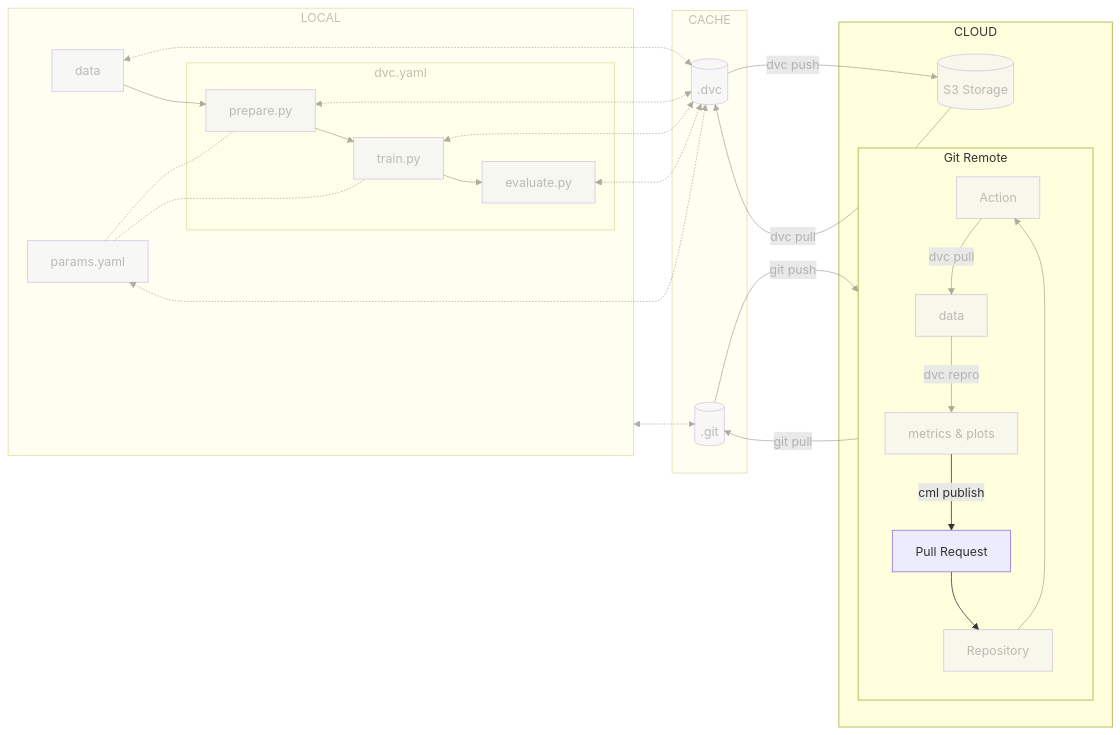
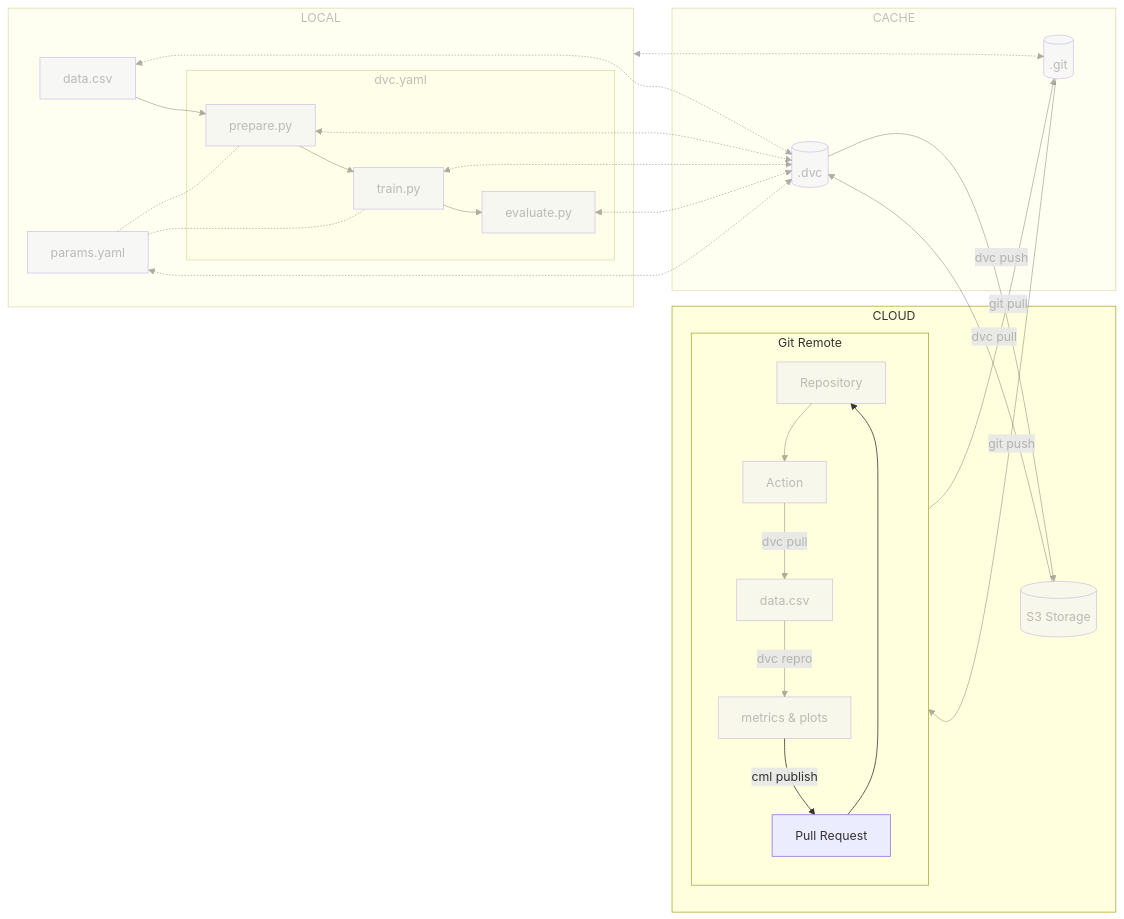
Before and after one commit to swiss-ai-center/a-guide-to-mlops: the diagram in docs/part-2-move-to-the-cloud/chapter-9-track-model-evolution-in-the-cicd-pipeline-with-cml/index.md, drawn with Mermaid. The commit also changed 9 other files, not shown here.

Commit message:
Rename mermaid vars

````diff
--- a/docs/part-2-move-to-the-cloud/chapter-9-track-model-evolution-in-the-cicd-pipeline-with-cml/index.md
+++ b/docs/part-2-move-to-the-cloud/chapter-9-track-model-evolution-in-the-cicd-pipeline-with-cml/index.md
@@ -25,69 +25,69 @@
 ```mermaid
 flowchart LR
-	789994[(".dvc")] -->|"dvc push"| 574108[("S3 Storage")]
-	574108 -->|"dvc pull"| 789994
-	429113[(".git")] -->|"git push"| 723944["Git Remote"]
-	723944 -->|"git pull"| 429113
-    356399 <-....-> 429113
-	980408["data"] <-.-> 789994
-	subgraph 438901["CACHE"]
-		789994
-		429113
+	dot_dvc[(.dvc)] -->|dvc push| s3_storage[(S3 Storage)]
+	s3_storage -->|dvc pull| dot_dvc
+	dot_git[(.git)] -->|git push| gitGraph[Git Remote]
+	gitGraph -->|git pull| dot_git
+    localGraph <-....-> dot_git
+	data[data.csv] <-.-> dot_dvc
+    subgraph cloudGraph[CLOUD]
+        s3_storage
+        subgraph gitGraph[Git Remote]
+            repository[Repository] --> action[Action]
+            action -->|dvc pull| action_data[data.csv]
+            action_data -->|dvc repro| action_out[metrics &amp; plots]
+            action_out -->|cml publish| pr[Pull Request]
+            pr --> repository
+        end
 	end
-	subgraph 356399["LOCAL"]
-		672354["prepare.py"] <-.-> 789994
-		347464["train.py"] <-.-> 789994
-		964259["evaluate.py"] <-.-> 789994
-		980408 --> 672354
-		subgraph 695374["dvc.yaml"]
-			672354 --> 347464
-			347464 --> 964259
+	subgraph cacheGraph[CACHE]
+		dot_dvc
+		dot_git
+	end
+	subgraph localGraph[LOCAL]
+		prepare[prepare.py] <-.-> dot_dvc
+		train[train.py] <-.-> dot_dvc
+		evaluate[evaluate.py] <-.-> dot_dvc
+		data --> prepare
+		subgraph dvcGraph[dvc.yaml]
+			prepare --> train
+			train --> evaluate
 		end
-        238472["params.yaml"] -.- 672354
-        238472 -.- 347464
-        238472 <-.-> 789994
+        params[params.yaml] -.- prepare
+        params -.- train
+        params <-.-> dot_dvc
 	end
-	subgraph 935111["CLOUD"]
-		574108
-		subgraph 723944["Git Remote"]
-			386452["Repository"] --> 241240["Action"]
-			241240 -->|"dvc pull"| 525260["data"]
-			525260 -->|"dvc repro"| 732730["metrics &amp; plots"]
-			732730 -->|"cml publish"| 983104["Pull Request"]
-			983104 --> 386452
-		end
-	end
-    style 238472 opacity:0.4,color:#7f7f7f80
-    style 429113 opacity:0.4,color:#7f7f7f80
-    style 789994 opacity:0.4,color:#7f7f7f80
-    style 980408 opacity:0.4,color:#7f7f7f80
-    style 438901 opacity:0.4,color:#7f7f7f80
-    style 356399 opacity:0.4,color:#7f7f7f80
-    style 672354 opacity:0.4,color:#7f7f7f80
-    style 347464 opacity:0.4,color:#7f7f7f80
-    style 964259 opacity:0.4,color:#7f7f7f80
-    style 695374 opacity:0.4,color:#7f7f7f80
-    style 574108 opacity:0.4,color:#7f7f7f80
-    style 386452 opacity:0.4,color:#7f7f7f80
-    style 241240 opacity:0.4,color:#7f7f7f80
-    style 525260 opacity:0.4,color:#7f7f7f80
-    style 732730 opacity:0.4,color:#7f7f7f80
+    style localGraph opacity:0.4,color:#7f7f7f80
+    style dvcGraph opacity:0.4,color:#7f7f7f80
+    style cacheGraph opacity:0.4,color:#7f7f7f80
+    style data opacity:0.4,color:#7f7f7f80
+    style dot_git opacity:0.4,color:#7f7f7f80
+    style dot_dvc opacity:0.4,color:#7f7f7f80
+    style prepare opacity:0.4,color:#7f7f7f80
+    style train opacity:0.4,color:#7f7f7f80
+    style evaluate opacity:0.4,color:#7f7f7f80
+    style params opacity:0.4,color:#7f7f7f80
+    style s3_storage opacity:0.4,color:#7f7f7f80
+    style repository opacity:0.4,color:#7f7f7f80
+    style action opacity:0.4,color:#7f7f7f80
+    style action_data opacity:0.4,color:#7f7f7f80
+    style action_out opacity:0.4,color:#7f7f7f80
     linkStyle 0 opacity:0.4,color:#7f7f7f80
     linkStyle 1 opacity:0.4,color:#7f7f7f80
     linkStyle 2 opacity:0.4,color:#7f7f7f80
     linkStyle 3 opacity:0.4,color:#7f7f7f80
     linkStyle 4 opacity:0.4,color:#7f7f7f80
     linkStyle 5 opacity:0.4,color:#7f7f7f80
     linkStyle 6 opacity:0.4,color:#7f7f7f80
     linkStyle 7 opacity:0.4,color:#7f7f7f80
     linkStyle 8 opacity:0.4,color:#7f7f7f80
-    linkStyle 9 opacity:0.4,color:#7f7f7f80
-    linkStyle 10 opacity:0.4,color:#7f7f7f80
     linkStyle 11 opacity:0.4,color:#7f7f7f80
     linkStyle 12 opacity:0.4,color:#7f7f7f80
     linkStyle 13 opacity:0.4,color:#7f7f7f80
     linkStyle 14 opacity:0.4,color:#7f7f7f80
     linkStyle 15 opacity:0.4,color:#7f7f7f80
     linkStyle 16 opacity:0.4,color:#7f7f7f80
     linkStyle 17 opacity:0.4,color:#7f7f7f80
+    linkStyle 18 opacity:0.4,color:#7f7f7f80
+    linkStyle 19 opacity:0.4,color:#7f7f7f80
 ```
````
